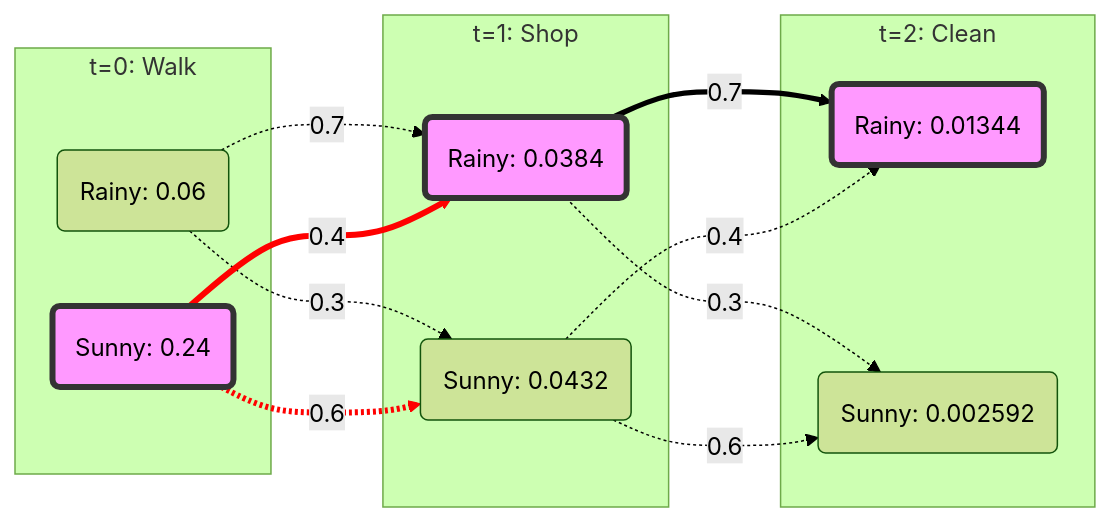
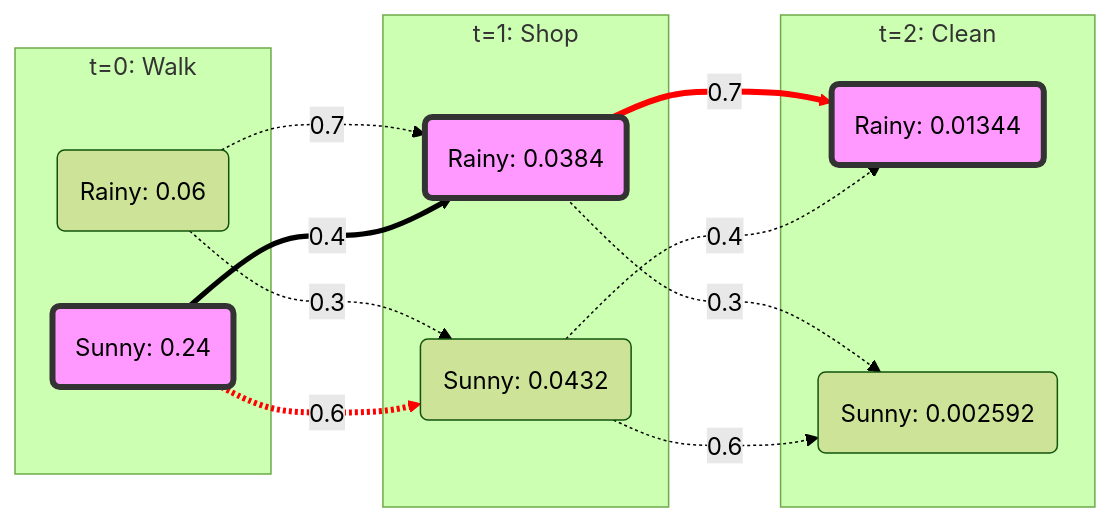
One commit to abeni-al7/viterbi-algorithm changed the diagram in docs/viterbi_walkthrough.md. Above: the diagram before and after it, drawn with Mermaid (forest theme).

Commit message:
Correct chosen path diagram

````diff
--- a/docs/viterbi_walkthrough.md
+++ b/docs/viterbi_walkthrough.md
@@ -102,35 +102,35 @@
 ```mermaid
 graph LR
     subgraph t0 [t=0: Walk]
         R0(Rainy: 0.06)
         S0(Sunny: 0.24)
     end
 
     subgraph t1 [t=1: Shop]
         R1(Rainy: 0.0384)
         S1(Sunny: 0.0432)
     end
 
     subgraph t2 [t=2: Clean]
         R2(Rainy: 0.01344)
         S2(Sunny: 0.002592)
     end
 
     %% Transitions
     R0 -.->|0.7| R1
     R0 -.->|0.3| S1
     S0 == 0.4 ==> R1
     S0 -.->|0.6| S1
 
     R1 == 0.7 ==> R2
     R1 -.->|0.3| S2
     S1 -.->|0.4| R2
     S1 -.->|0.6| S2
 
     %% Styling for the winning path
     style S0 fill:#f9f,stroke:#333,stroke-width:4px
     style R1 fill:#f9f,stroke:#333,stroke-width:4px
     style R2 fill:#f9f,stroke:#333,stroke-width:4px
     
-    linkStyle 2,3 stroke-width:4px,fill:none,stroke:red;
+    linkStyle 3,4 stroke-width:4px,fill:none,stroke:red;
 ```
````
